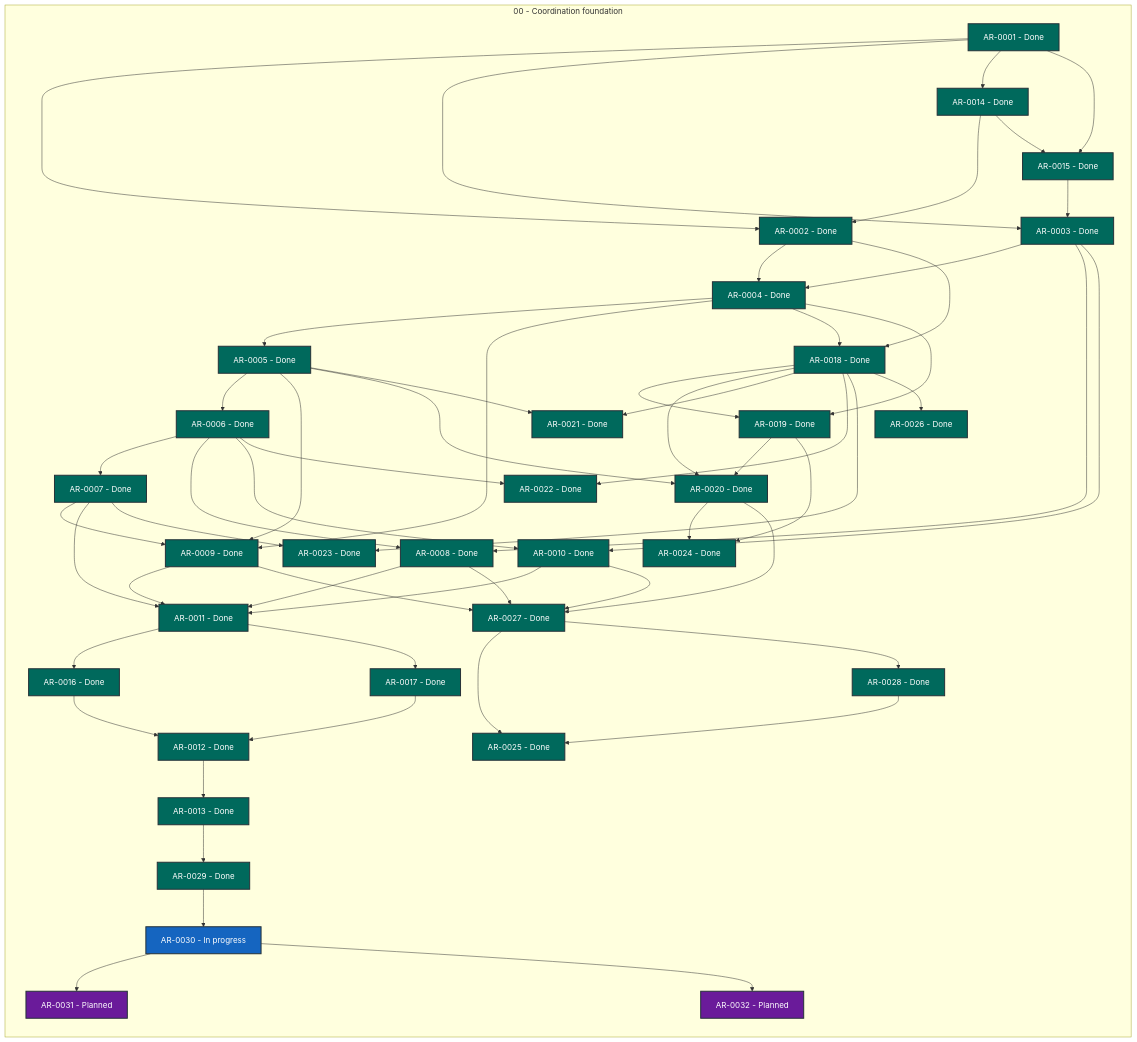
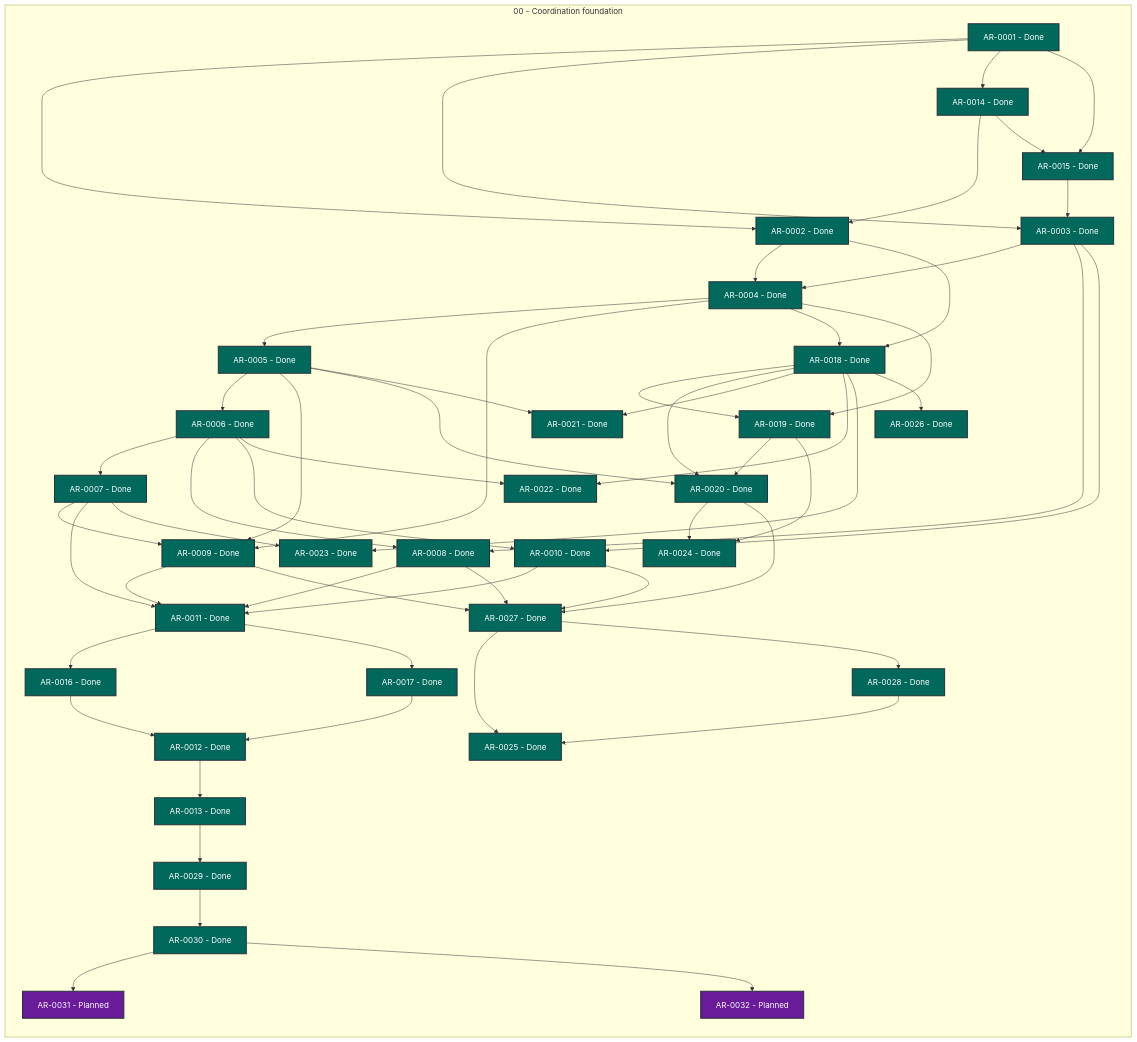
One commit to martin-beck/agent-workflow-tui-state changed the diagram in STATUS.md. Above: the diagram before and after it, drawn with Mermaid. The commit also changed other lines of this file and 2 other files, not shown here.

```diff
--- a/STATUS.md
+++ b/STATUS.md
@@ -57,7 +57,7 @@
         AR_0027["AR-0027 - Done"]:::status_done
         AR_0028["AR-0028 - Done"]:::status_done
         AR_0029["AR-0029 - Done"]:::status_done
-        AR_0030["AR-0030 - In progress"]:::status_in_progress
+        AR_0030["AR-0030 - Done"]:::status_done
         AR_0031["AR-0031 - Planned"]:::status_planned
         AR_0032["AR-0032 - Planned"]:::status_planned
     end
```
